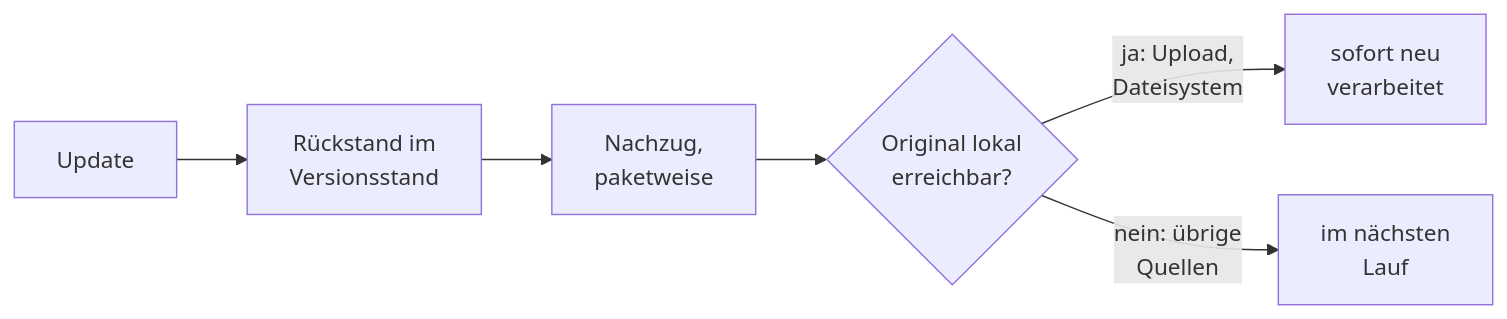
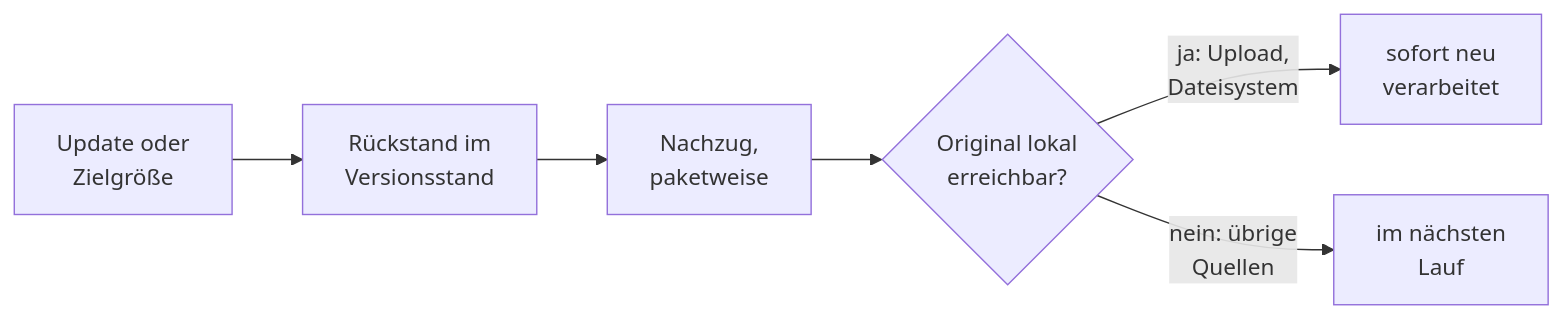
The sixth of 6 diagrams in docs/handbuch/wissensbibliotheken.md (criew/opaa), drawn with Mermaid before and after one commit. The commit also changed other lines of this file and 3 other files, not shown here.

````diff
--- a/docs/handbuch/wissensbibliotheken.md
+++ b/docs/handbuch/wissensbibliotheken.md
@@ -464,8 +467,8 @@
 ```mermaid
 flowchart LR
-    U[Update] --> V[Rückstand im<br/>Versionsstand]
+    U[Update oder<br/>Zielgröße] --> V[Rückstand im<br/>Versionsstand]
     V --> A[Nachzug,<br/>paketweise]
     A --> L{Original lokal<br/>erreichbar?}
     L -- ja: Upload,<br/>Dateisystem --> N[sofort neu<br/>verarbeitet]
     L -- nein: übrige<br/>Quellen --> M[im nächsten<br/>Lauf]
 ```
````
